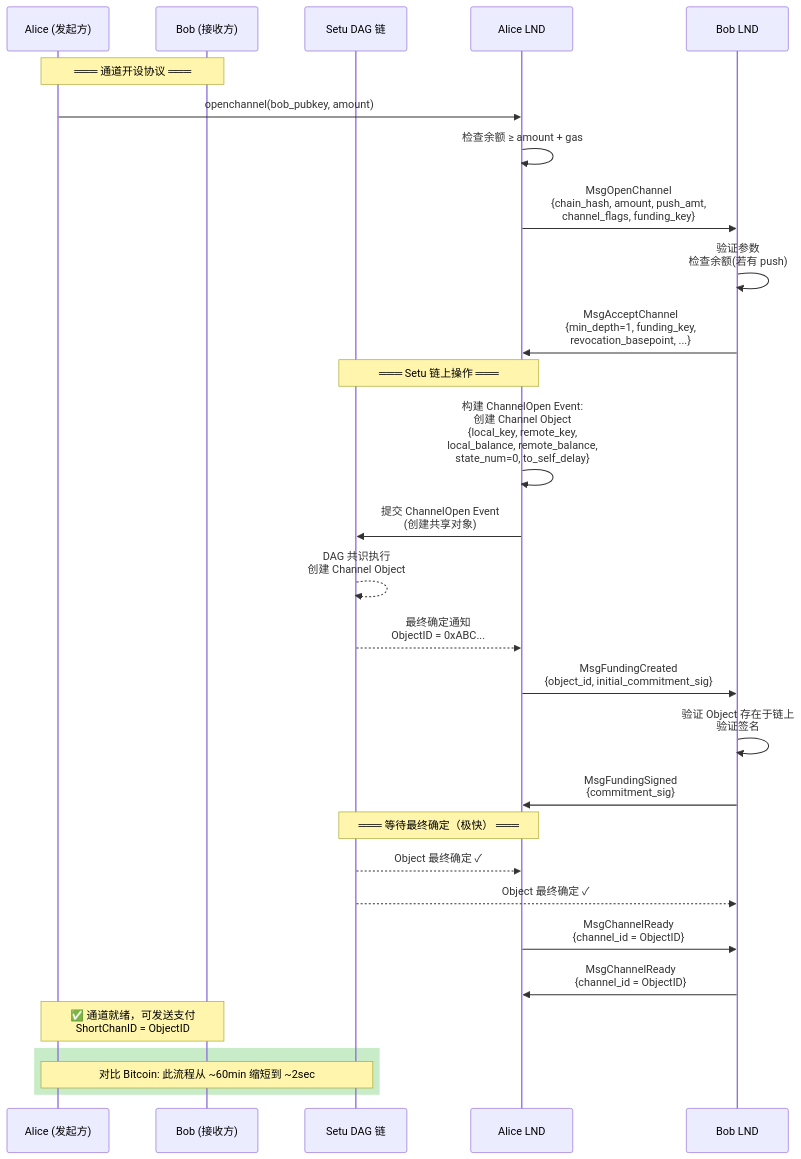
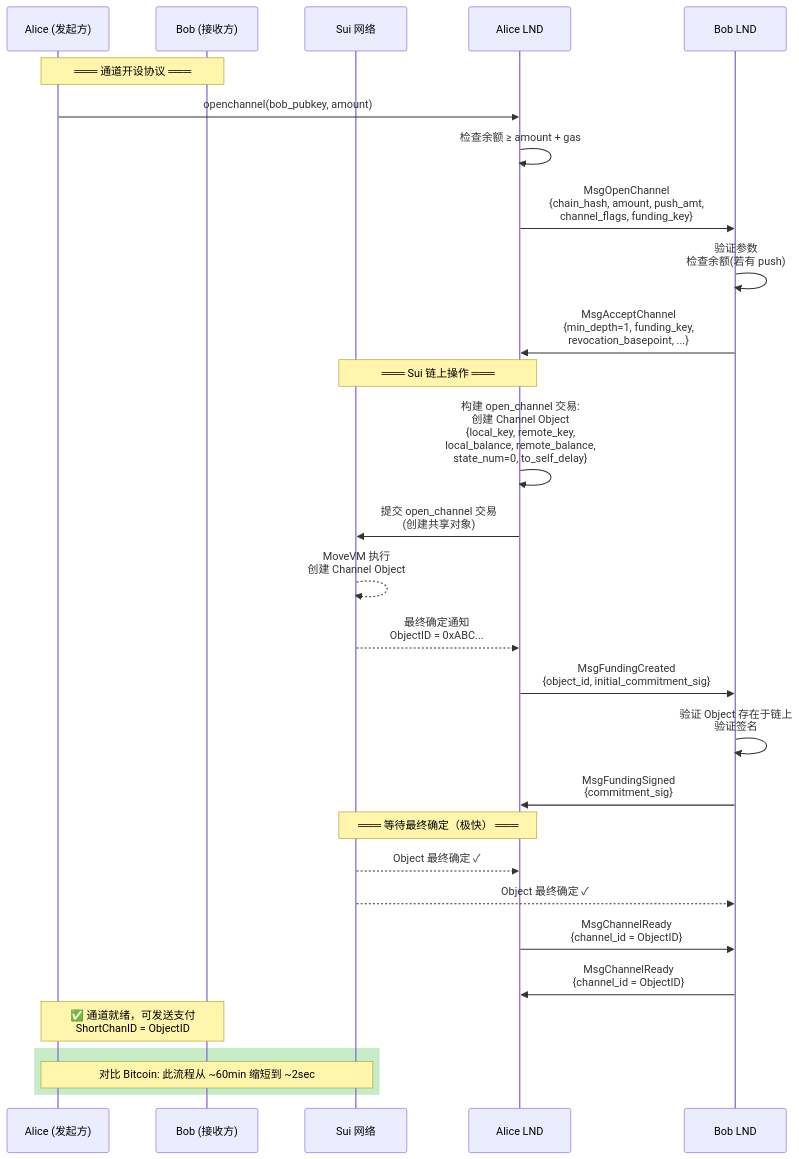
The fourth of 9 diagrams in 1-refactor-docs/lnd-and-setu-integration.md (loka-network/loka-p2p-lnd), drawn with Mermaid before and after one commit. The commit also changed other lines of this file and 43 other files, not shown here.

Commit message:
Refactor: Transition from Setu to Sui backend and implement base RPC client and wallet balance mapping

````diff
--- a/1-refactor-docs/lnd-and-setu-integration.md
+++ b/1-refactor-docs/lnd-and-setu-integration.md
@@ -160,44 +160,44 @@
 ```mermaid
 sequenceDiagram
     participant Alice as Alice (发起方)
     participant Bob as Bob (接收方)
-    participant Setu as Setu DAG 链
+    participant Sui as Sui 网络
     participant LND_A as Alice LND
     participant LND_B as Bob LND
 
     Note over Alice, Bob: ═══ 通道开设协议 ═══
 
     Alice->>LND_A: openchannel(bob_pubkey, amount)
     LND_A->>LND_A: 检查余额 ≥ amount + gas
     LND_A->>LND_B: MsgOpenChannel<br/>{chain_hash, amount, push_amt,<br/>channel_flags, funding_key}
 
     LND_B->>LND_B: 验证参数<br/>检查余额(若有 push)
     LND_B->>LND_A: MsgAcceptChannel<br/>{min_depth=1, funding_key,<br/>revocation_basepoint, ...}
 
-    Note over LND_A, Setu: ═══ Setu 链上操作 ═══
+    Note over LND_A, Sui: ═══ Sui 链上操作 ═══
 
-    LND_A->>LND_A: 构建 ChannelOpen Event:<br/>创建 Channel Object<br/>{local_key, remote_key,<br/>local_balance, remote_balance,<br/>state_num=0, to_self_delay}
+    LND_A->>LND_A: 构建 open_channel 交易:<br/>创建 Channel Object<br/>{local_key, remote_key,<br/>local_balance, remote_balance,<br/>state_num=0, to_self_delay}
 
-    LND_A->>Setu: 提交 ChannelOpen Event<br/>(创建共享对象)
-    Setu-->>Setu: DAG 共识执行<br/>创建 Channel Object
-    Setu-->>LND_A: 最终确定通知<br/>ObjectID = 0xABC...
+    LND_A->>Sui: 提交 open_channel 交易<br/>(创建共享对象)
+    Sui-->>Sui: MoveVM 执行<br/>创建 Channel Object
+    Sui-->>LND_A: 最终确定通知<br/>ObjectID = 0xABC...
 
     LND_A->>LND_B: MsgFundingCreated<br/>{object_id, initial_commitment_sig}
 
     LND_B->>LND_B: 验证 Object 存在于链上<br/>验证签名
     LND_B->>LND_A: MsgFundingSigned<br/>{commitment_sig}
 
-    Note over LND_A, Setu: ═══ 等待最终确定（极快） ═══
+    Note over LND_A, Sui: ═══ 等待最终确定（极快） ═══
 
-    Setu-->>LND_A: Object 最终确定 ✓
-    Setu-->>LND_B: Object 最终确定 ✓
+    Sui-->>LND_A: Object 最终确定 ✓
+    Sui-->>LND_B: Object 最终确定 ✓
 
     LND_A->>LND_B: MsgChannelReady<br/>{channel_id = ObjectID}
     LND_B->>LND_A: MsgChannelReady<br/>{channel_id = ObjectID}
 
     Note over Alice, Bob: ✅ 通道就绪，可发送支付<br/>ShortChanID = ObjectID
 
     rect rgb(200, 235, 200)
-        Note over Alice, Setu: 对比 Bitcoin: 此流程从 ~60min 缩短到 ~2sec
+        Note over Alice, Sui: 对比 Bitcoin: 此流程从 ~60min 缩短到 ~2sec
     end
 ```
````
